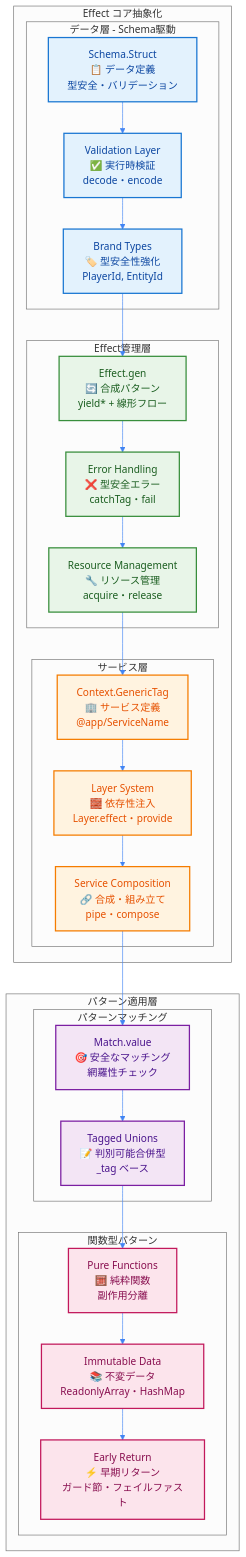
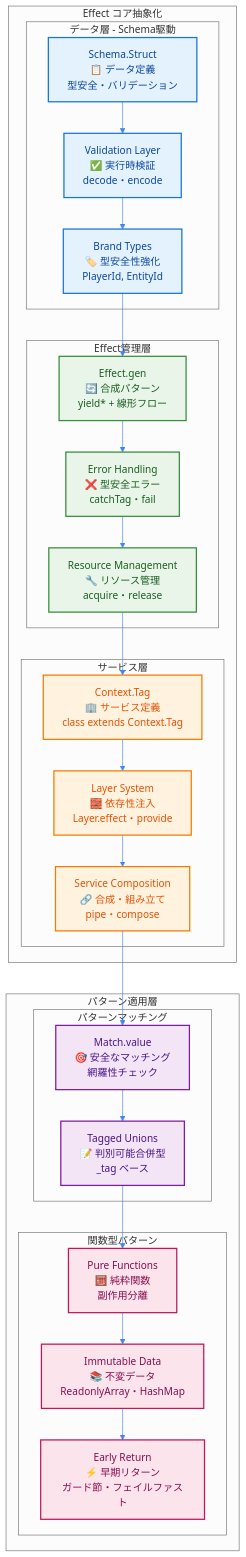
The first of 2 diagrams in docs/01-architecture/06-effect-ts-patterns.md (takeokunn/ts-minecraft), drawn with Mermaid before and after one commit. The commit also changed other lines of this file and 106 other files, not shown here.

````diff
--- a/docs/01-architecture/06-effect-ts-patterns.md
+++ b/docs/01-architecture/06-effect-ts-patterns.md
@@ -25,66 +42,66 @@
 ```mermaid
 %%{init: {"theme": "neutral", "themeVariables": {"primaryColor": "#4285f4", "primaryTextColor": "#ffffff", "primaryBorderColor": "#ffffff", "lineColor": "#4285f4", "sectionBkgColor": "#f5f7fa", "tertiaryColor": "#f5f7fa"}}}%%
 graph TB
     subgraph EffectCore ["Effect コア抽象化"]
         subgraph DataLayer ["データ層 - Schema駆動"]
             SchemaStruct["Schema.Struct<br/>📋 データ定義<br/>型安全・バリデーション"]
             BrandTypes["Brand Types<br/>🏷️ 型安全性強化<br/>PlayerId, EntityId"]
             ValidationLayer["Validation Layer<br/>✅ 実行時検証<br/>decode・encode"]
         end
 
         subgraph EffectLayer ["Effect管理層"]
             EffectGen["Effect.gen<br/>🔄 合成パターン<br/>yield* + 線形フロー"]
             ErrorHandling["Error Handling<br/>❌ 型安全エラー<br/>catchTag・fail"]
             ResourceMgmt["Resource Management<br/>🔧 リソース管理<br/>acquire・release"]
         end
 
         subgraph ServiceLayer ["サービス層"]
-            ContextTag["Context.GenericTag<br/>🏢 サービス定義<br/>@app/ServiceName"]
+            ContextTag["Context.Tag<br/>🏢 サービス定義<br/>class extends Context.Tag"]
             LayerSystem["Layer System<br/>🧱 依存性注入<br/>Layer.effect・provide"]
             ServiceComposition["Service Composition<br/>🔗 合成・組み立て<br/>pipe・compose"]
         end
     end
 
     subgraph PatternLayer ["パターン適用層"]
         subgraph MatchingLayer ["パターンマッチング"]
             MatchValue["Match.value<br/>🎯 安全なマッチング<br/>網羅性チェック"]
             TaggedUnions["Tagged Unions<br/>📝 判別可能合併型<br/>_tag ベース"]
         end
 
         subgraph FunctionalLayer ["関数型パターン"]
             PureFunctions["Pure Functions<br/>🧮 純粋関数<br/>副作用分離"]
             ImmutableData["Immutable Data<br/>📚 不変データ<br/>ReadonlyArray・HashMap"]
             EarlyReturn["Early Return<br/>⚡ 早期リターン<br/>ガード節・フェイルファスト"]
         end
     end
 
     SchemaStruct --> ValidationLayer
     ValidationLayer --> BrandTypes
     BrandTypes --> EffectGen
 
     EffectGen --> ErrorHandling
     ErrorHandling --> ResourceMgmt
     ResourceMgmt --> ContextTag
 
     ContextTag --> LayerSystem
     LayerSystem --> ServiceComposition
 
     ServiceComposition --> MatchValue
     MatchValue --> TaggedUnions
     TaggedUnions --> PureFunctions
 
     PureFunctions --> ImmutableData
     ImmutableData --> EarlyReturn
 
     classDef dataStyle fill:#e3f2fd,stroke:#1976d2,stroke-width:2px,color:#0d47a1
     classDef effectStyle fill:#e8f5e8,stroke:#388e3c,stroke-width:2px,color:#1b5e20
     classDef serviceStyle fill:#fff3e0,stroke:#f57c00,stroke-width:2px,color:#e65100
     classDef patternStyle fill:#f3e5f5,stroke:#7b1fa2,stroke-width:2px,color:#4a148c
     classDef functionalStyle fill:#fce4ec,stroke:#c2185b,stroke-width:2px,color:#880e4f
 
     class SchemaStruct,BrandTypes,ValidationLayer dataStyle
     class EffectGen,ErrorHandling,ResourceMgmt effectStyle
     class ContextTag,LayerSystem,ServiceComposition serviceStyle
     class MatchValue,TaggedUnions patternStyle
     class PureFunctions,ImmutableData,EarlyReturn functionalStyle
 ```
````
